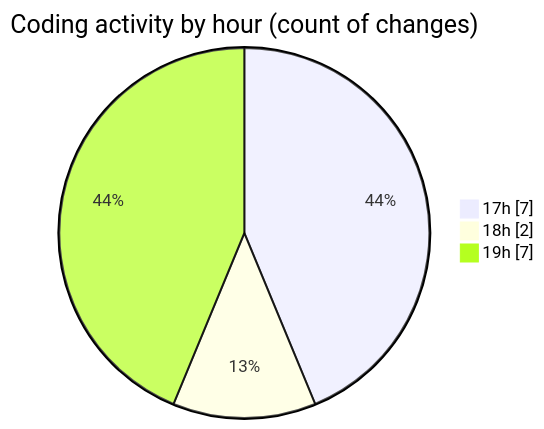
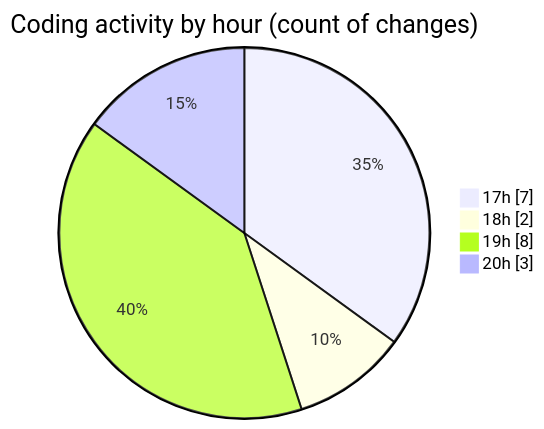
Before and after one commit to MatusMokan/code-tracking: the second of 2 diagrams in 2025-01-12/myws__workspace_/README.md, drawn with Mermaid. The commit also changed other lines of this file and 1 other file, not shown here.

````diff
--- a/2025-01-12/myws__workspace_/README.md
+++ b/2025-01-12/myws__workspace_/README.md
@@ -29,7 +29,8 @@
 ```mermaid
 pie showData
 title Coding activity by hour (count of changes)
 "17h" : 7
 "18h" : 2
-"19h" : 7
+"19h" : 8
+"20h" : 3
 ```
````
